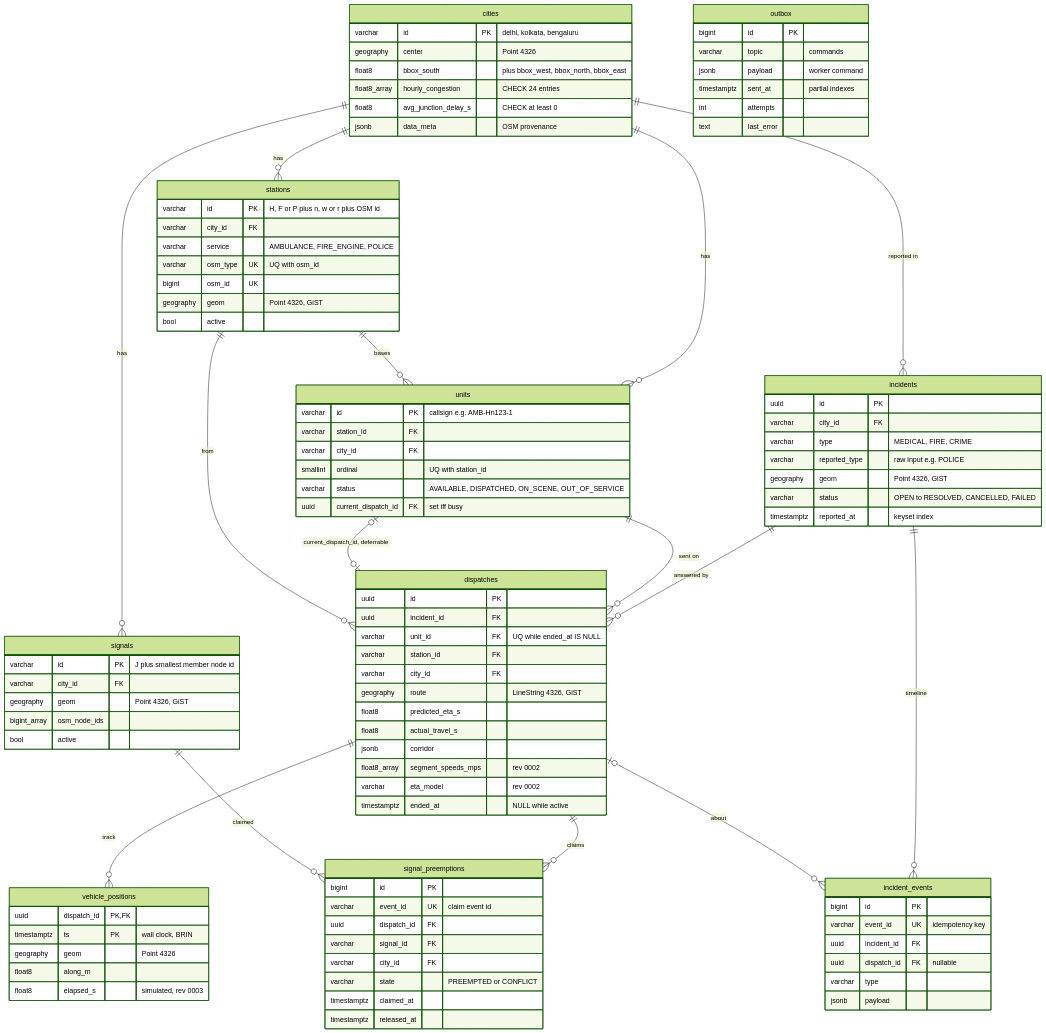
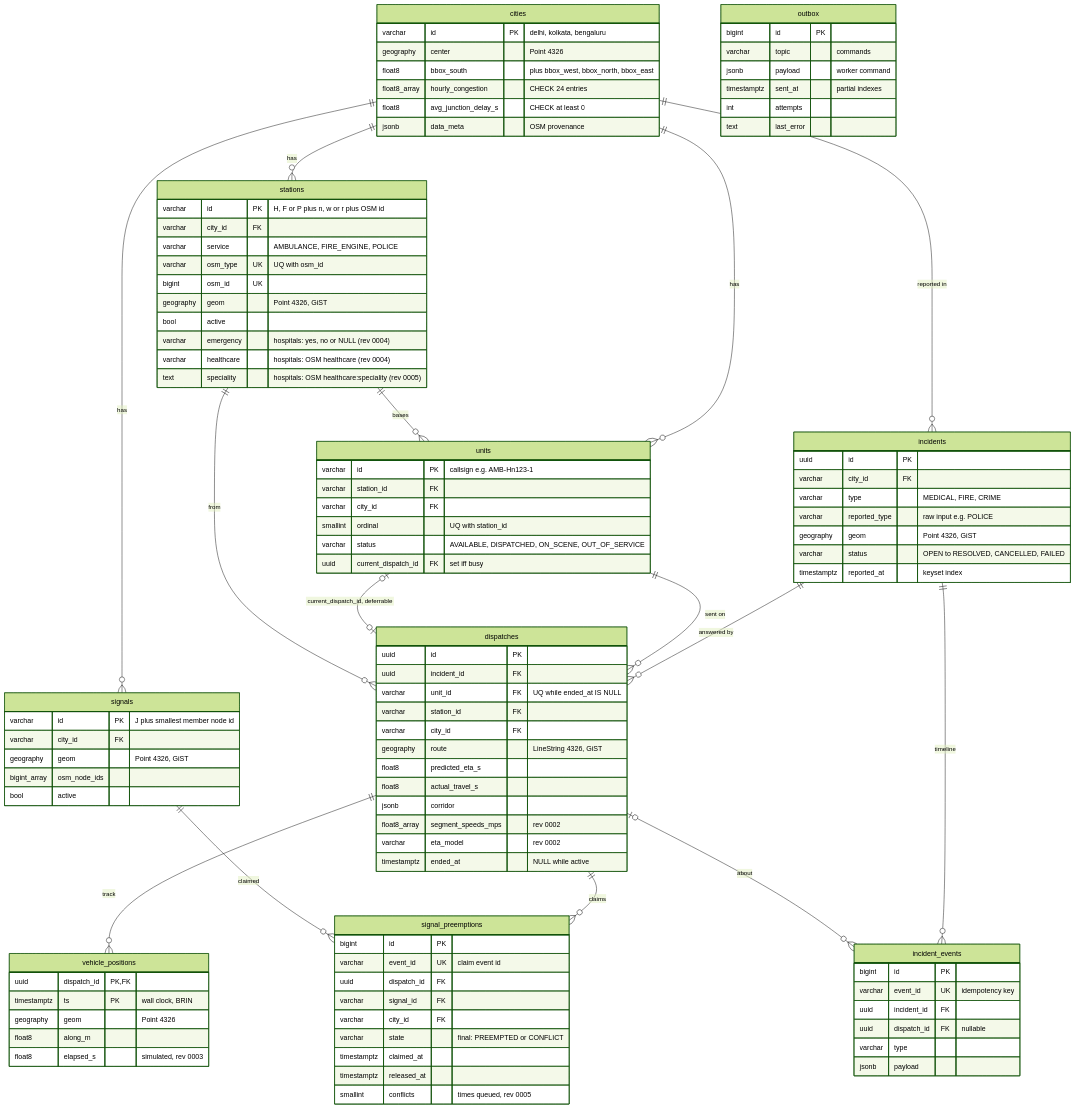
One commit to amanaanubhav/divert-ai changed the diagram in docs/knowledge-bank/05-data-stores.md. Above: the diagram before and after it, drawn with Mermaid (forest theme). The commit also changed other lines of this file and 12 other files, not shown here.

```diff
--- a/docs/knowledge-bank/05-data-stores.md
+++ b/docs/knowledge-bank/05-data-stores.md
@@ -68,6 +68,9 @@
         bigint osm_id UK
         geography geom "Point 4326, GiST"
         bool active
+        varchar emergency "hospitals: yes, no or NULL (rev 0004)"
+        varchar healthcare "hospitals: OSM healthcare (rev 0004)"
+        text speciality "hospitals: OSM healthcare:speciality (rev 0005)"
     }
     units {
         varchar id PK "callsign e.g. AMB-Hn123-1"
@@ -113,9 +116,10 @@
         uuid dispatch_id FK
         varchar signal_id FK
         varchar city_id FK
-        varchar state "PREEMPTED or CONFLICT"
+        varchar state "final: PREEMPTED or CONFLICT"
         timestamptz claimed_at
         timestamptz released_at
+        smallint conflicts "times queued, rev 0005"
     }
     incident_events {
         bigint id PK
```
